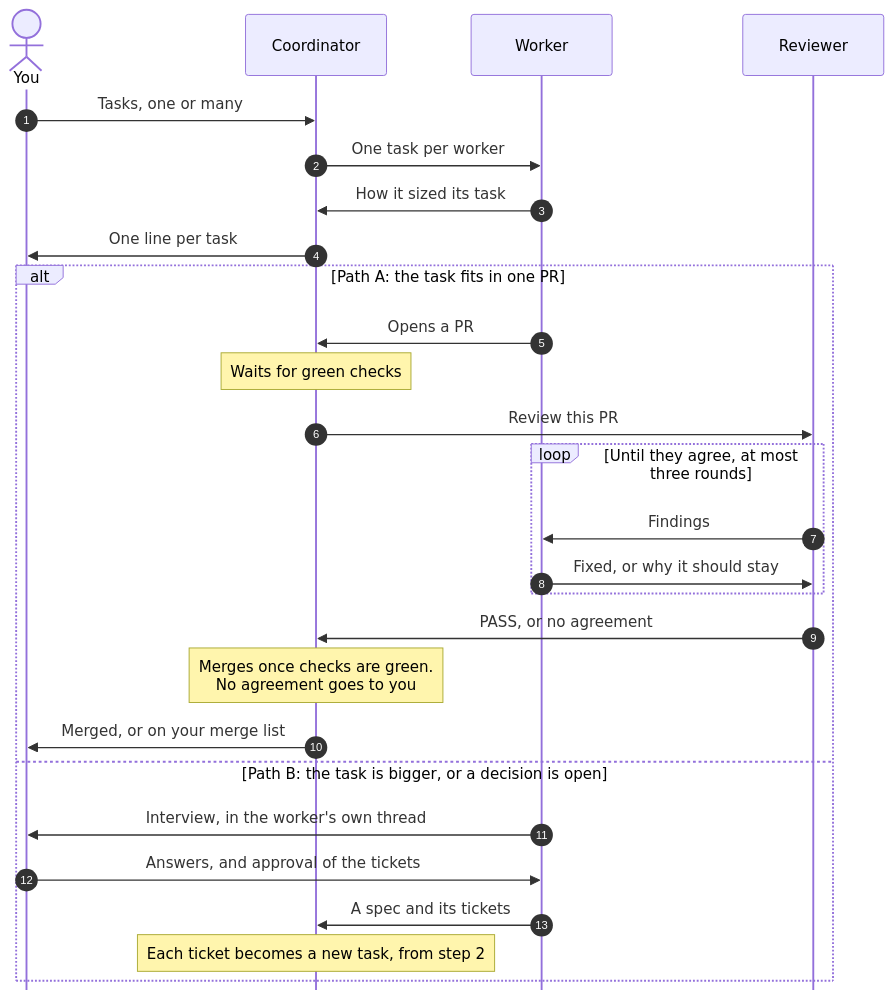
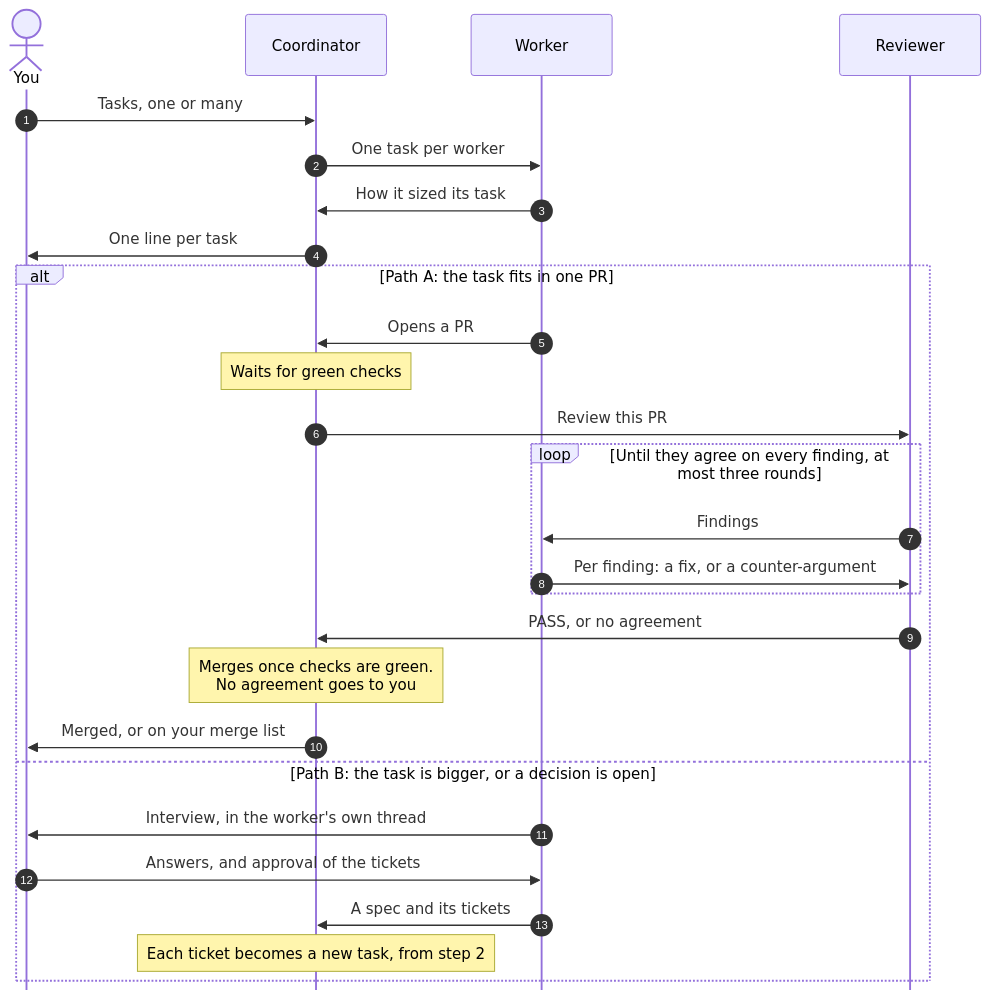
Before and after one commit to dante-sparras/skills: the diagram in README.md, drawn with Mermaid. The commit also changed other lines of this file and 3 other files, not shown here.

````diff
--- a/README.md
+++ b/README.md
@@ -16,32 +16,32 @@
 ```mermaid
 %%{init: {"sequence": {"mirrorActors": false}}}%%
 sequenceDiagram
     autonumber
     actor You
     participant C as Coordinator
     participant W as Worker
     participant R as Reviewer
 
     You->>C: Tasks, one or many
     C->>W: One task per worker
     W->>C: How it sized its task
     C->>You: One line per task
 
     alt Path A: the task fits in one PR
         W->>C: Opens a PR
         Note over C: Waits for green checks
         C->>R: Review this PR
-        loop Until they agree, at most three rounds
+        loop Until they agree on every finding, at most three rounds
             R->>W: Findings
-            W->>R: Fixed, or why it should stay
+            W->>R: Per finding: a fix, or a counter-argument
         end
         R->>C: PASS, or no agreement
         Note over C: Merges once checks are green.<br/>No agreement goes to you
         C->>You: Merged, or on your merge list
     else Path B: the task is bigger, or a decision is open
         W->>You: Interview, in the worker's own thread
         You->>W: Answers, and approval of the tickets
         W->>C: A spec and its tickets
         Note over C: Each ticket becomes a new task, from step 2
     end
 ```
````
